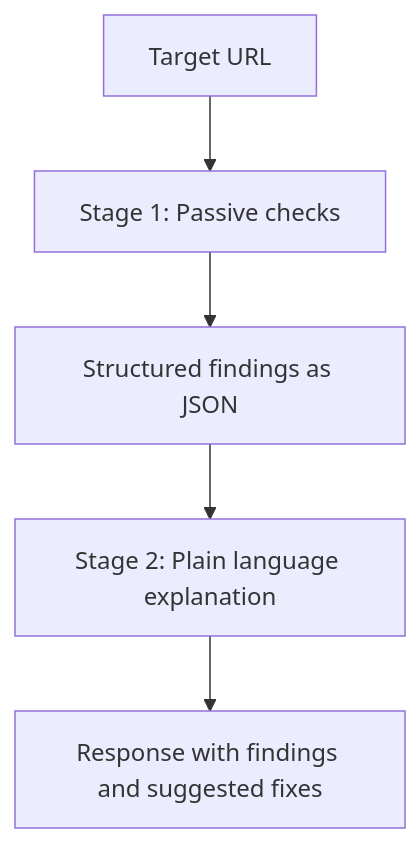
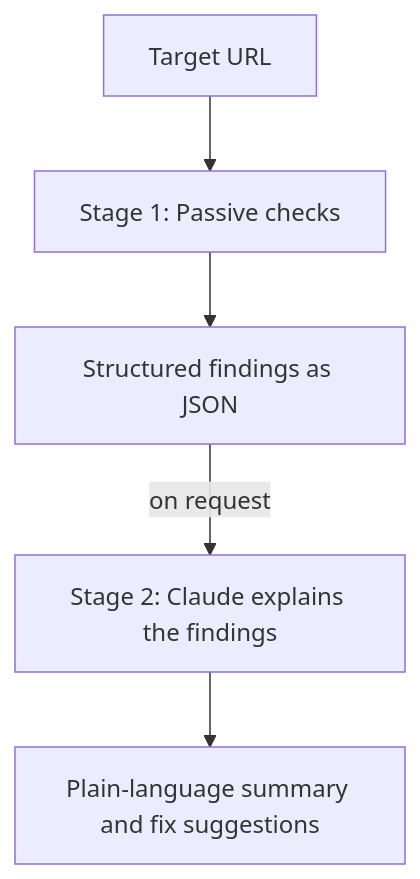
One commit to OKapirulya/website-check-tool changed the first of 2 diagrams in README.md. Above: the diagram before and after it, drawn with Mermaid. The commit also changed other lines of this file and 5 other files, not shown here.

````diff
--- a/README.md
+++ b/README.md
@@ -39,7 +43,7 @@
 ```mermaid
 flowchart TD
     A[Target URL] --> B[Stage 1: Passive checks]
     B --> C[Structured findings as JSON]
-    C --> D[Stage 2: Plain language explanation]
-    D --> E[Response with findings and suggested fixes]
+    C -->|on request| D[Stage 2: Claude explains the findings]
+    D --> E[Plain-language summary and fix suggestions]
 ```
````
